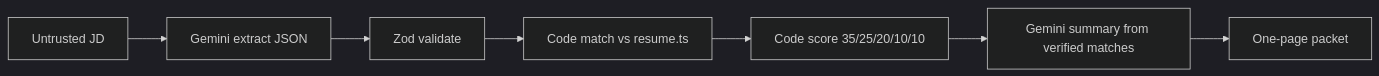
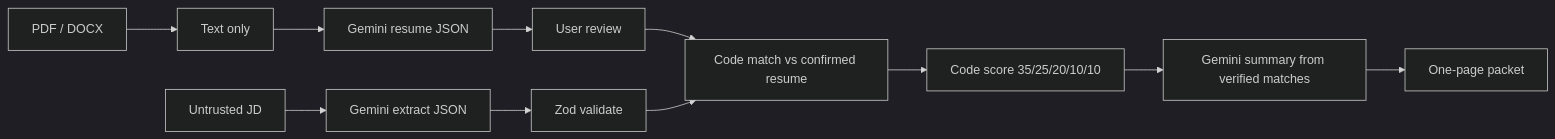
The diagram in README.md (rithvik22/hire-packet), drawn with Mermaid (dark theme) before and after one commit. The commit also changed other lines of this file and 31 other files, not shown here.

````diff
--- a/README.md
+++ b/README.md
@@ -15,9 +15,13 @@
 ```mermaid
 flowchart LR
+  R[PDF / DOCX] --> TX[Text only]
+  TX --> RX["Gemini resume JSON"]
+  RX --> RV[User review]
   JD[Untrusted JD] --> EX["Gemini extract JSON"]
   EX --> Z1[Zod validate]
-  Z1 --> MT["Code match vs resume.ts"]
+  RV --> MT["Code match vs confirmed resume"]
+  Z1 --> MT
   MT --> SC["Code score 35/25/20/10/10"]
   SC --> NV["Gemini summary from verified matches"]
   NV --> PK[One-page packet]
 ```
````
